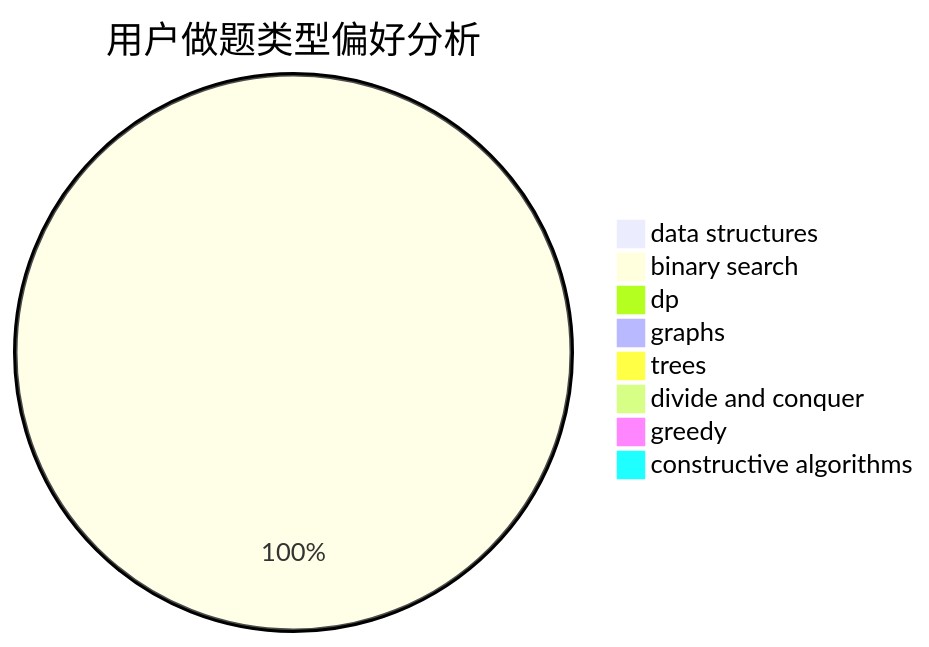
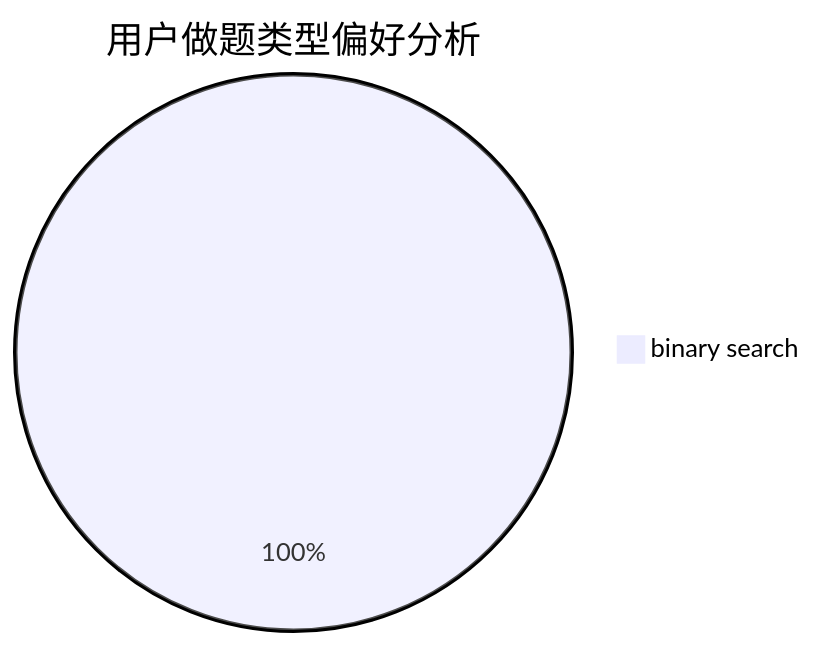
One commit to sherpahu/cfrs.github.io changed the second of 3 diagrams in docs/user/u857.md. Above: the diagram before and after it, drawn with Mermaid. The commit also changed other lines of this file and 2770 other files, not shown here.

````diff
--- a/docs/user/u857.md
+++ b/docs/user/u857.md
@@ -18,11 +16,4 @@
 ```mermaid
 pie title 用户做题类型偏好分析
-    "data structures" :  0
     "binary search" :  1
-    "dp" :  0
-    "graphs" :  0
-    "trees" :  0
-    "divide and conquer" :  0
-    "greedy" :  0
-    "constructive algorithms" :  0
 ```
````
